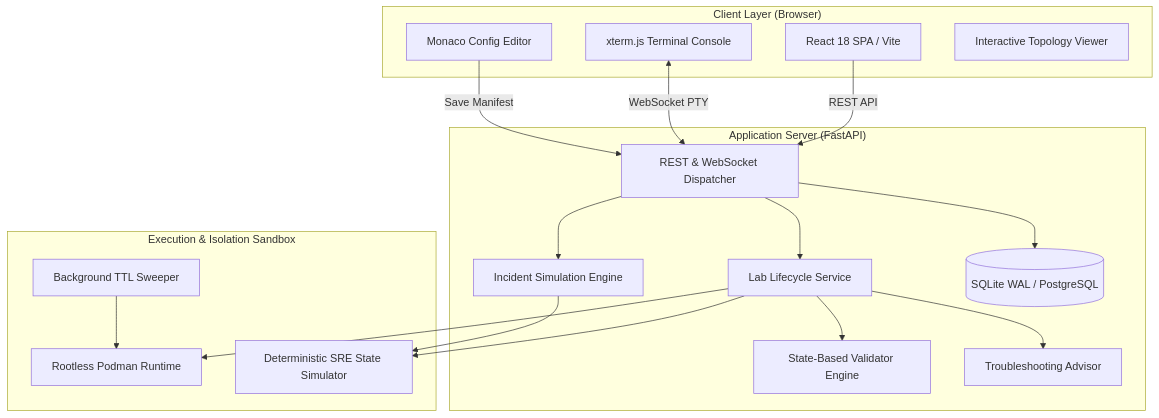
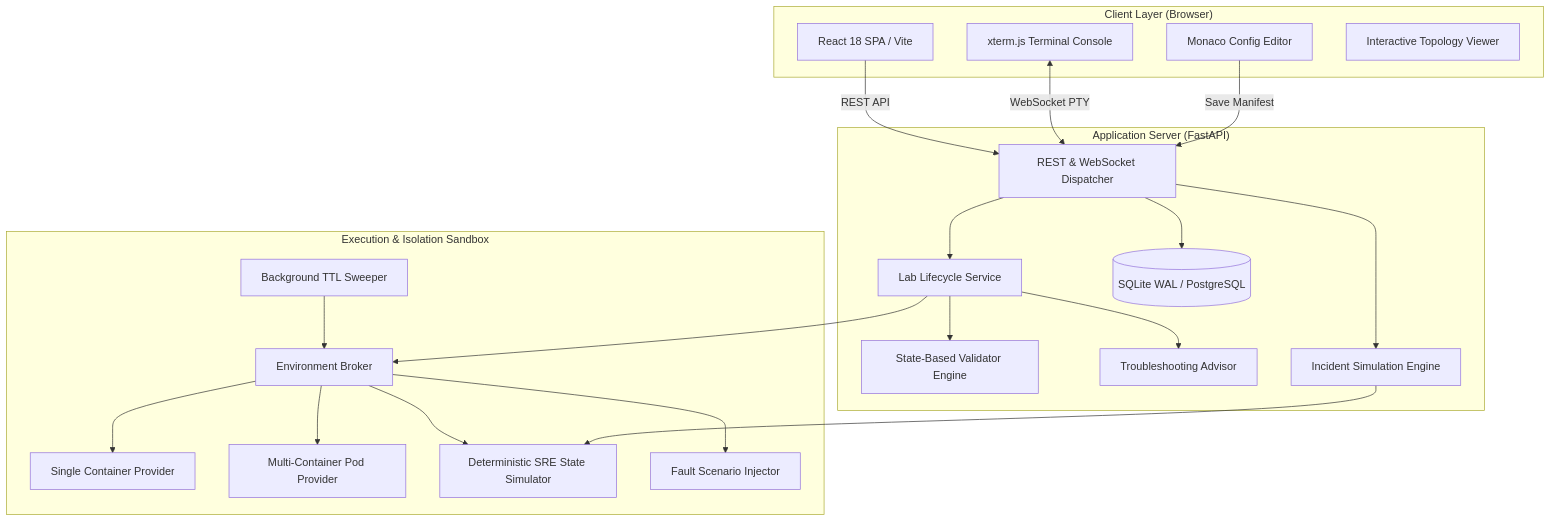
The diagram in docs/ARCHITECTURE.md (dayashimoga/kubelabs), drawn with Mermaid before and after one commit. The commit also changed other lines of this file and 40 other files, not shown here.

Commit message:
feat: production-ready overhaul of runtime broker, scenario factory, SRE console, and verification gates

````diff
--- a/docs/ARCHITECTURE.md
+++ b/docs/ARCHITECTURE.md
@@ -6,37 +6,43 @@
 ```mermaid
 graph TD
     subgraph Client ["Client Layer (Browser)"]
         UI[React 18 SPA / Vite]
         XTerm[xterm.js Terminal Console]
         Monaco[Monaco Config Editor]
         Graph[Interactive Topology Viewer]
     end
 
     subgraph API ["Application Server (FastAPI)"]
         Router[REST & WebSocket Dispatcher]
         LabSvc[Lab Lifecycle Service]
         Validator[State-Based Validator Engine]
         Troubleshoot[Troubleshooting Advisor]
         Incident[Incident Simulation Engine]
         DB[(SQLite WAL / PostgreSQL)]
     end
 
     subgraph Execution ["Execution & Isolation Sandbox"]
-        Podman[Rootless Podman Runtime]
+        Broker[Environment Broker]
+        SingleCont[Single Container Provider]
+        MultiPod[Multi-Container Pod Provider]
         Sim[Deterministic SRE State Simulator]
+        Injector[Fault Scenario Injector]
         TTL[Background TTL Sweeper]
     end
 
     UI -->|REST API| Router
     XTerm <-->|WebSocket PTY| Router
     Monaco -->|Save Manifest| Router
     Router --> LabSvc
     Router --> Incident
     LabSvc --> Validator
     LabSvc --> Troubleshoot
-    LabSvc --> Podman
-    LabSvc --> Sim
+    LabSvc --> Broker
+    Broker --> SingleCont
+    Broker --> MultiPod
+    Broker --> Sim
+    Broker --> Injector
     Incident --> Sim
     Router --> DB
-    TTL --> Podman
+    TTL --> Broker
 ```
````
